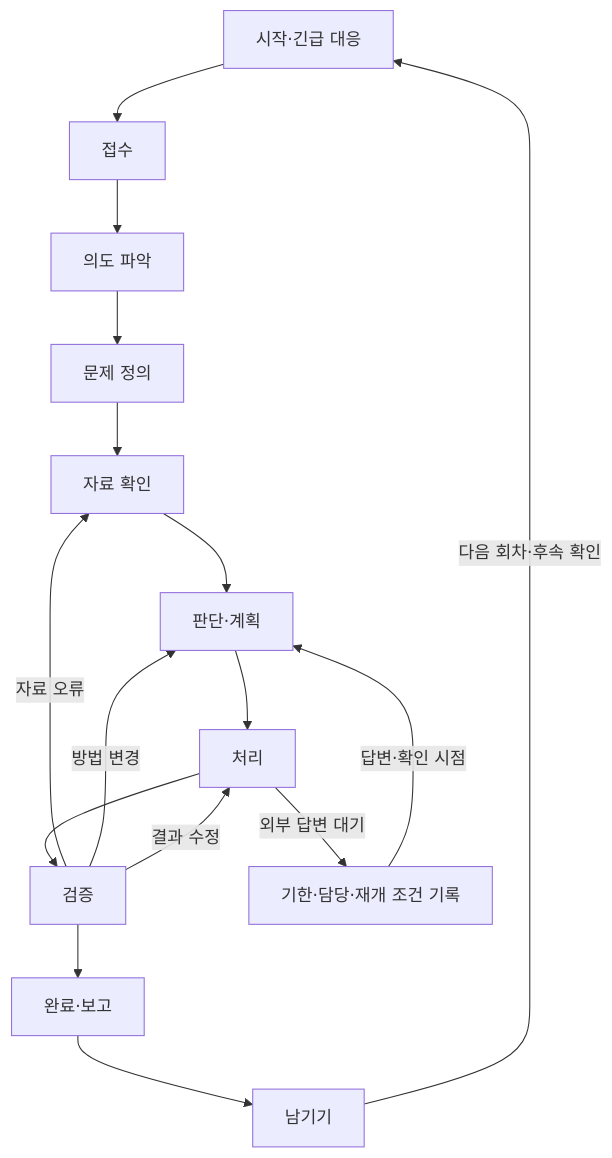
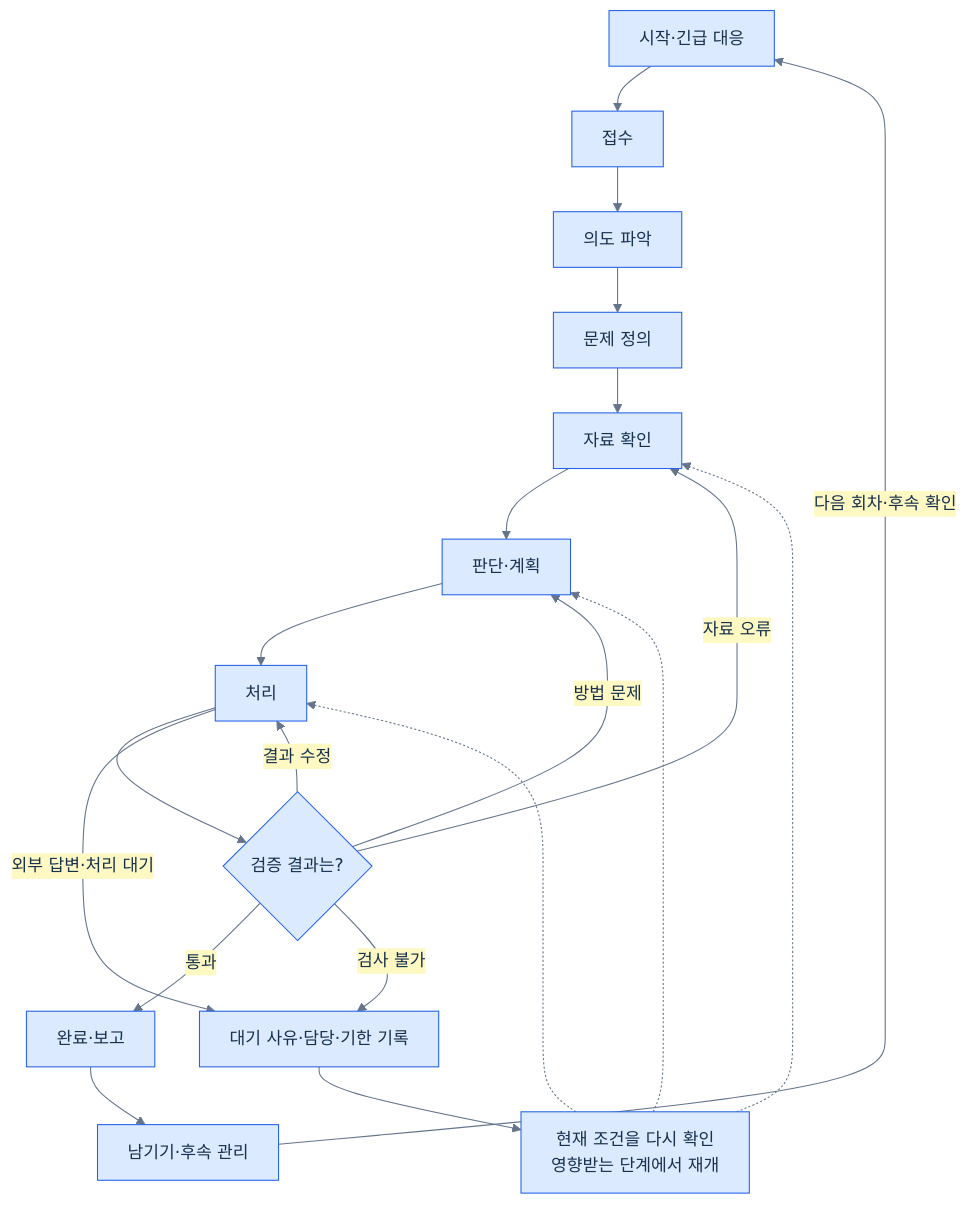
Before and after one commit to harisbaguette/expert: the third of 17 diagrams in 전문가 에이전트 정의 2.md, drawn with Mermaid. The commit also changed other lines of this file and 2 other files, not shown here.

````diff
--- a/전문가 에이전트 정의 2.md
+++ b/전문가 에이전트 정의 2.md
@@ -58,18 +127,19 @@
 ```mermaid
+%%{init: {"theme": "base", "themeVariables": {"fontFamily": "Arial, sans-serif", "fontSize": "16px", "primaryColor": "#dbeafe", "primaryTextColor": "#17314f", "primaryBorderColor": "#2563eb", "lineColor": "#64748b", "secondaryColor": "#fef9c3", "tertiaryColor": "#f8fafc"}, "flowchart": {"curve": "basis", "nodeSpacing": 32, "rankSpacing": 42, "padding": 14, "wrappingWidth": 240, "useMaxWidth": true}}}%%
 flowchart TB
-    A[시작·긴급 대응] --> B[접수]
-    B --> C[의도 파악]
-    C --> D[문제 정의]
-    D --> E[자료 확인]
-    E --> F[판단·계획]
-    F --> G[처리]
-    G --> H[검증]
-    H --> I[완료·보고]
-    I --> J[남기기]
+    A["시작·긴급 대응"] --> B["접수"]
+    B --> C["의도 파악"] --> D["문제 정의"]
+    D --> E["자료 확인"] --> F["판단·계획"]
+    F --> G["처리"] --> H{"검증 결과는?"}
+    H -->|통과| I["완료·보고"] --> J["남기기·후속 관리"]
     H -->|자료 오류| E
-    H -->|방법 변경| F
+    H -->|방법 문제| F
     H -->|결과 수정| G
-    G -->|외부 답변 대기| W[기한·담당·재개 조건 기록]
-    W -->|답변·확인 시점| F
+    H -->|검사 불가| W["대기 사유·담당·기한 기록"]
+    G -->|외부 답변·처리 대기| W
+    W --> R["현재 조건을 다시 확인<br/>영향받는 단계에서 재개"]
+    R -.-> E
+    R -.-> F
+    R -.-> G
     J -->|다음 회차·후속 확인| A
 ```
````
